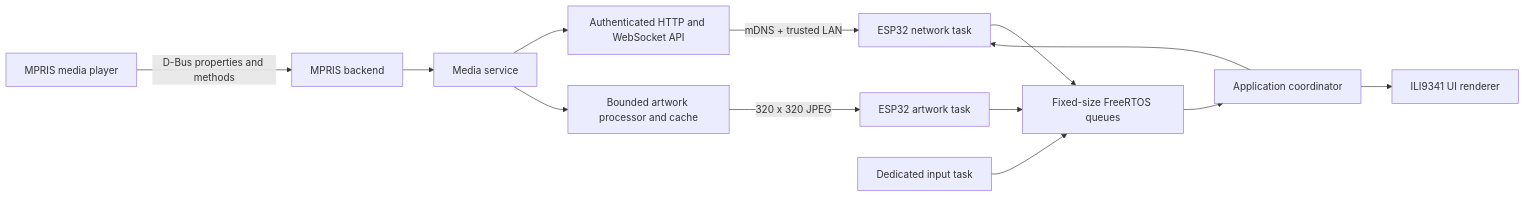
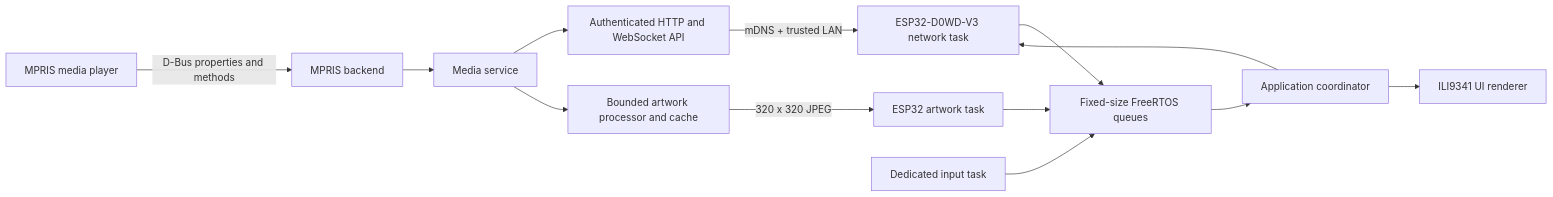
Before and after one commit to snowpyn/deskwave: the first of 2 diagrams in docs/ARCHITECTURE.md, drawn with Mermaid. The commit also changed other lines of this file and 16 other files, not shown here.

````diff
--- a/docs/ARCHITECTURE.md
+++ b/docs/ARCHITECTURE.md
@@ -8,15 +8,15 @@
 ```mermaid
 flowchart LR
     Player["MPRIS media player"] -->|"D-Bus properties and methods"| Backend["MPRIS backend"]
     Backend --> Service["Media service"]
     Service --> API["Authenticated HTTP and WebSocket API"]
     Service --> Art["Bounded artwork processor and cache"]
-    API -->|"mDNS + trusted LAN"| Net["ESP32 network task"]
+    API -->|"mDNS + trusted LAN"| Net["ESP32-D0WD-V3 network task"]
     Art -->|"320 x 320 JPEG"| Artwork["ESP32 artwork task"]
     Net --> Queues["Fixed-size FreeRTOS queues"]
     Artwork --> Queues
     Input["Dedicated input task"] --> Queues
     Queues --> App["Application coordinator"]
     App --> UI["ILI9341 UI renderer"]
     App --> Net
 ```
````
